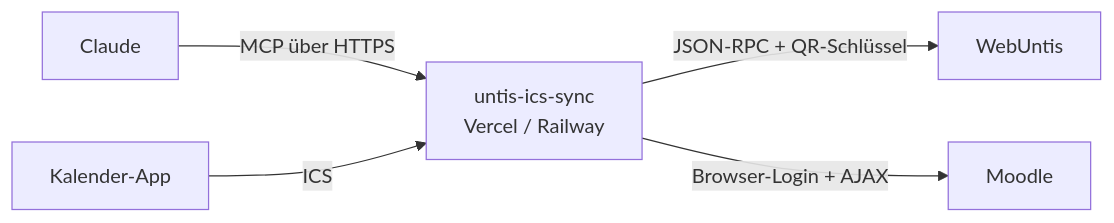
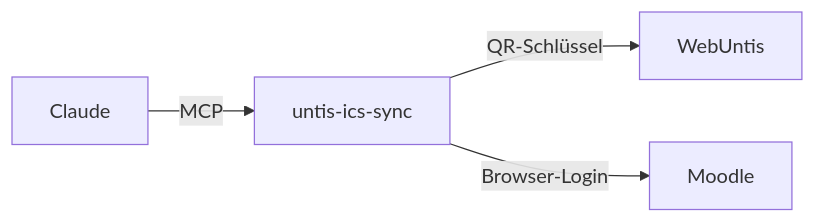
One commit to builtbybengt/ai-school-toolbox changed the diagram in README.md. Above: the diagram before and after it, drawn with Mermaid. The commit also changed other lines of this file, not shown here.

````diff
--- a/README.md
+++ b/README.md
@@ -30,7 +40,6 @@
 ```mermaid
 flowchart LR
-    C[Claude] -- MCP über HTTPS --> S[untis-ics-sync<br/>Vercel / Railway]
-    S -- JSON-RPC + QR-Schlüssel --> U[WebUntis]
-    S -- Browser-Login + AJAX --> M[Moodle]
-    K[Kalender-App] -- ICS --> S
+    C[Claude] -- MCP --> S[untis-ics-sync]
+    S -- QR-Schlüssel --> U[WebUntis]
+    S -- Browser-Login --> M[Moodle]
 ```
````
